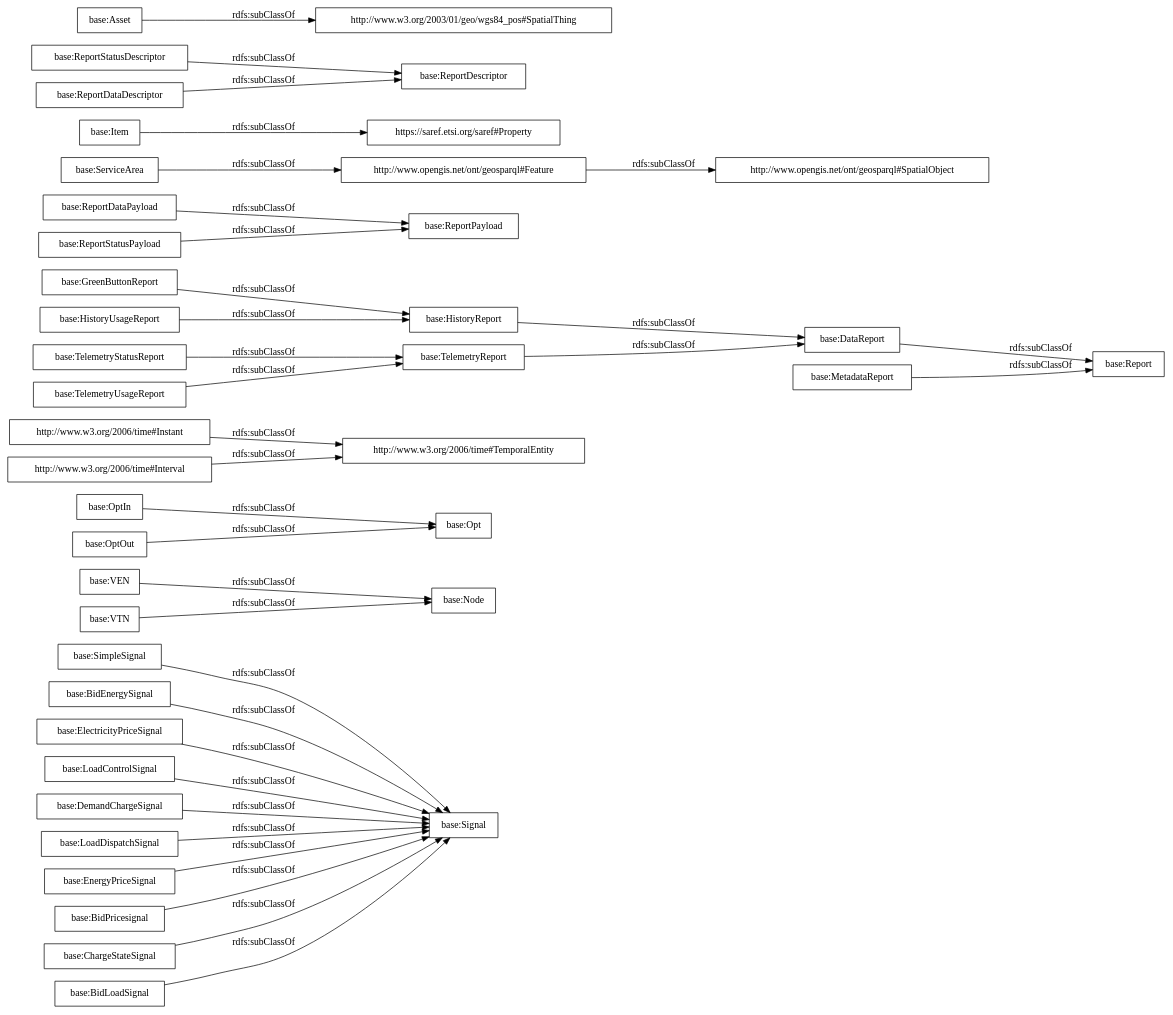
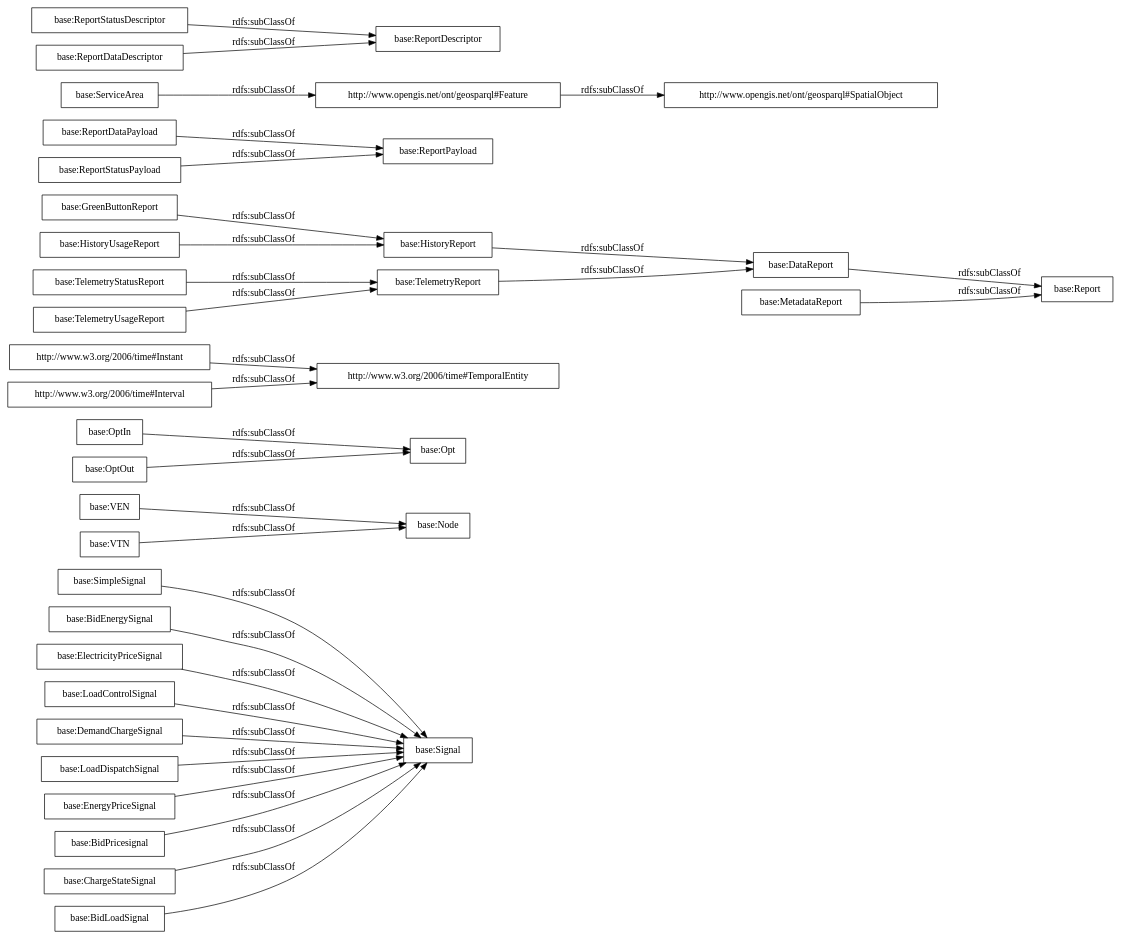
One commit to albaizq/OpenADRontology changed the diagram in OnToology/ontology/openADRontology.owl/diagrams/ar2dtool-taxonomy/openADRontology.owl.png.dot. Above: the diagram before and after it, drawn with Graphviz. The commit also changed 12 other files, not shown here.

```diff
--- a/OnToology/ontology/openADRontology.owl/diagrams/ar2dtool-taxonomy/openADRontology.owl.png.dot
+++ b/OnToology/ontology/openADRontology.owl/diagrams/ar2dtool-taxonomy/openADRontology.owl.png.dot
@@ -1,38 +1,36 @@
 digraph ar2dtool_diagram { 
 rankdir=LR;
 size="1000"
-node [shape = rectangle, color="black"]; "base:SimpleSignal" "base:VEN" "base:Signal" "base:Opt" "http://www.w3.org/2006/time#Instant" "base:GreenButtonReport" "base:DataReport" "base:TelemetryUsageReport" "base:ReportDataPayload" "base:BidEnergySignal" "base:ReportStatusPayload" "base:ElectricityPriceSignal" "base:LoadControlSignal" "base:ServiceArea" "base:Item" "base:HistoryReport" "base:DemandChargeSignal" "base:ReportDescriptor" "base:ReportStatusDescriptor" "base:OptIn" "base:LoadDispatchSignal" "base:OptOut" "base:Node" "base:EnergyPriceSignal" "base:VTN" "base:TelemetryStatusReport" "http://www.w3.org/2003/01/geo/wgs84_pos#SpatialThing" "base:Asset" "https://saref.etsi.org/saref#Property" "http://www.opengis.net/ont/geosparql#SpatialObject" "base:BidPricesignal" "http://www.w3.org/2006/time#Interval" "base:ChargeStateSignal" "http://www.w3.org/2006/time#TemporalEntity" "base:TelemetryReport" "base:BidLoadSignal" "http://www.opengis.net/ont/geosparql#Feature" "base:ReportDataDescriptor" "base:ReportPayload" "base:MetadataReport" "base:HistoryUsageReport" "base:Report" ; /*classes style*/
+node [shape = rectangle, color="black"]; "base:SimpleSignal" "base:VEN" "base:Signal" "base:Opt" "http://www.w3.org/2006/time#Instant" "base:GreenButtonReport" "base:DataReport" "base:TelemetryUsageReport" "base:ReportDataPayload" "base:BidEnergySignal" "base:ReportStatusPayload" "base:ElectricityPriceSignal" "base:LoadControlSignal" "base:ServiceArea" "base:HistoryReport" "base:DemandChargeSignal" "base:ReportDescriptor" "base:ReportStatusDescriptor" "base:OptIn" "base:LoadDispatchSignal" "base:OptOut" "base:Node" "base:EnergyPriceSignal" "base:VTN" "base:TelemetryStatusReport" "http://www.opengis.net/ont/geosparql#SpatialObject" "base:BidPricesignal" "http://www.w3.org/2006/time#Interval" "base:ChargeStateSignal" "http://www.w3.org/2006/time#TemporalEntity" "base:TelemetryReport" "base:BidLoadSignal" "http://www.opengis.net/ont/geosparql#Feature" "base:ReportDataDescriptor" "base:ReportPayload" "base:MetadataReport" "base:HistoryUsageReport" "base:Report" ; /*classes style*/
 	"base:HistoryUsageReport" -> "base:HistoryReport" [ label = "rdfs:subClassOf" ];
 	"http://www.w3.org/2006/time#Instant" -> "http://www.w3.org/2006/time#TemporalEntity" [ label = "rdfs:subClassOf" ];
 	"base:MetadataReport" -> "base:Report" [ label = "rdfs:subClassOf" ];
 	"base:ElectricityPriceSignal" -> "base:Signal" [ label = "rdfs:subClassOf" ];
 	"base:LoadDispatchSignal" -> "base:Signal" [ label = "rdfs:subClassOf" ];
 	"http://www.opengis.net/ont/geosparql#Feature" -> "http://www.opengis.net/ont/geosparql#SpatialObject" [ label = "rdfs:subClassOf" ];
 	"base:DataReport" -> "base:Report" [ label = "rdfs:subClassOf" ];
 	"base:HistoryReport" -> "base:DataReport" [ label = "rdfs:subClassOf" ];
 	"base:ReportDataDescriptor" -> "base:ReportDescriptor" [ label = "rdfs:subClassOf" ];
 	"base:VEN" -> "base:Node" [ label = "rdfs:subClassOf" ];
 	"base:TelemetryStatusReport" -> "base:TelemetryReport" [ label = "rdfs:subClassOf" ];
 	"base:ReportStatusDescriptor" -> "base:ReportDescriptor" [ label = "rdfs:subClassOf" ];
 	"base:LoadControlSignal" -> "base:Signal" [ label = "rdfs:subClassOf" ];
 	"base:SimpleSignal" -> "base:Signal" [ label = "rdfs:subClassOf" ];
 	"base:ReportDataPayload" -> "base:ReportPayload" [ label = "rdfs:subClassOf" ];
 	"base:VTN" -> "base:Node" [ label = "rdfs:subClassOf" ];
 	"base:EnergyPriceSignal" -> "base:Signal" [ label = "rdfs:subClassOf" ];
 	"base:ChargeStateSignal" -> "base:Signal" [ label = "rdfs:subClassOf" ];
 	"base:GreenButtonReport" -> "base:HistoryReport" [ label = "rdfs:subClassOf" ];
 	"base:DemandChargeSignal" -> "base:Signal" [ label = "rdfs:subClassOf" ];
 	"base:TelemetryReport" -> "base:DataReport" [ label = "rdfs:subClassOf" ];
 	"base:ServiceArea" -> "http://www.opengis.net/ont/geosparql#Feature" [ label = "rdfs:subClassOf" ];
 	"base:BidPricesignal" -> "base:Signal" [ label = "rdfs:subClassOf" ];
-	"base:Asset" -> "http://www.w3.org/2003/01/geo/wgs84_pos#SpatialThing" [ label = "rdfs:subClassOf" ];
 	"base:BidLoadSignal" -> "base:Signal" [ label = "rdfs:subClassOf" ];
 	"http://www.w3.org/2006/time#Interval" -> "http://www.w3.org/2006/time#TemporalEntity" [ label = "rdfs:subClassOf" ];
 	"base:OptOut" -> "base:Opt" [ label = "rdfs:subClassOf" ];
-	"base:Item" -> "https://saref.etsi.org/saref#Property" [ label = "rdfs:subClassOf" ];
 	"base:TelemetryUsageReport" -> "base:TelemetryReport" [ label = "rdfs:subClassOf" ];
 	"base:OptIn" -> "base:Opt" [ label = "rdfs:subClassOf" ];
 	"base:BidEnergySignal" -> "base:Signal" [ label = "rdfs:subClassOf" ];
 	"base:ReportStatusPayload" -> "base:ReportPayload" [ label = "rdfs:subClassOf" ];
 
 }
```
